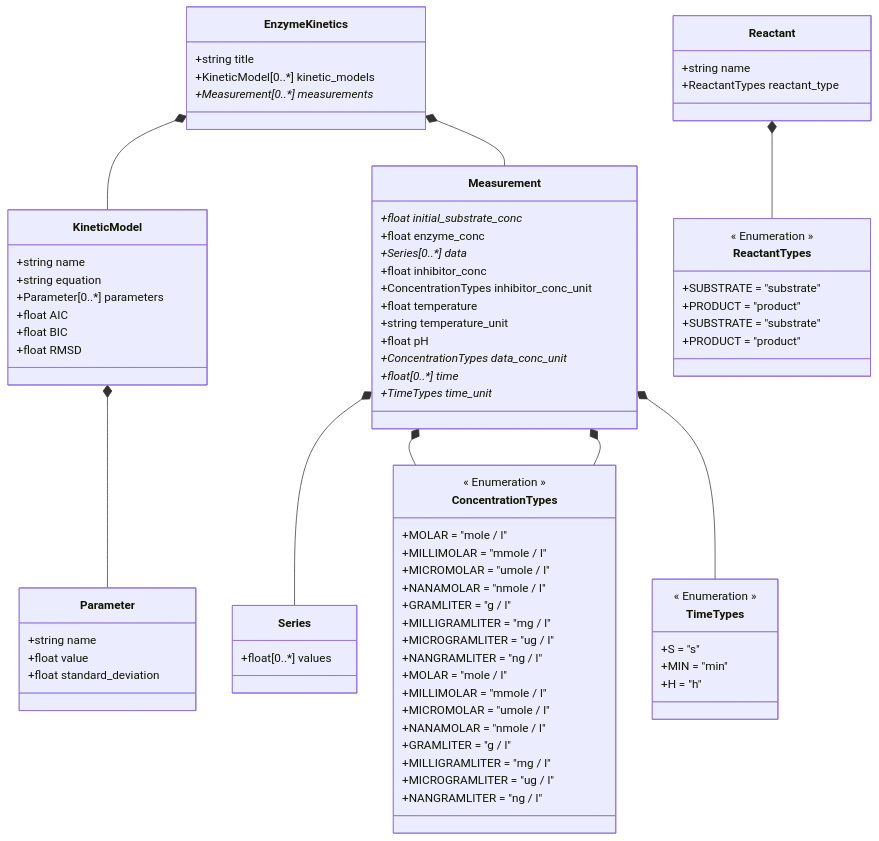
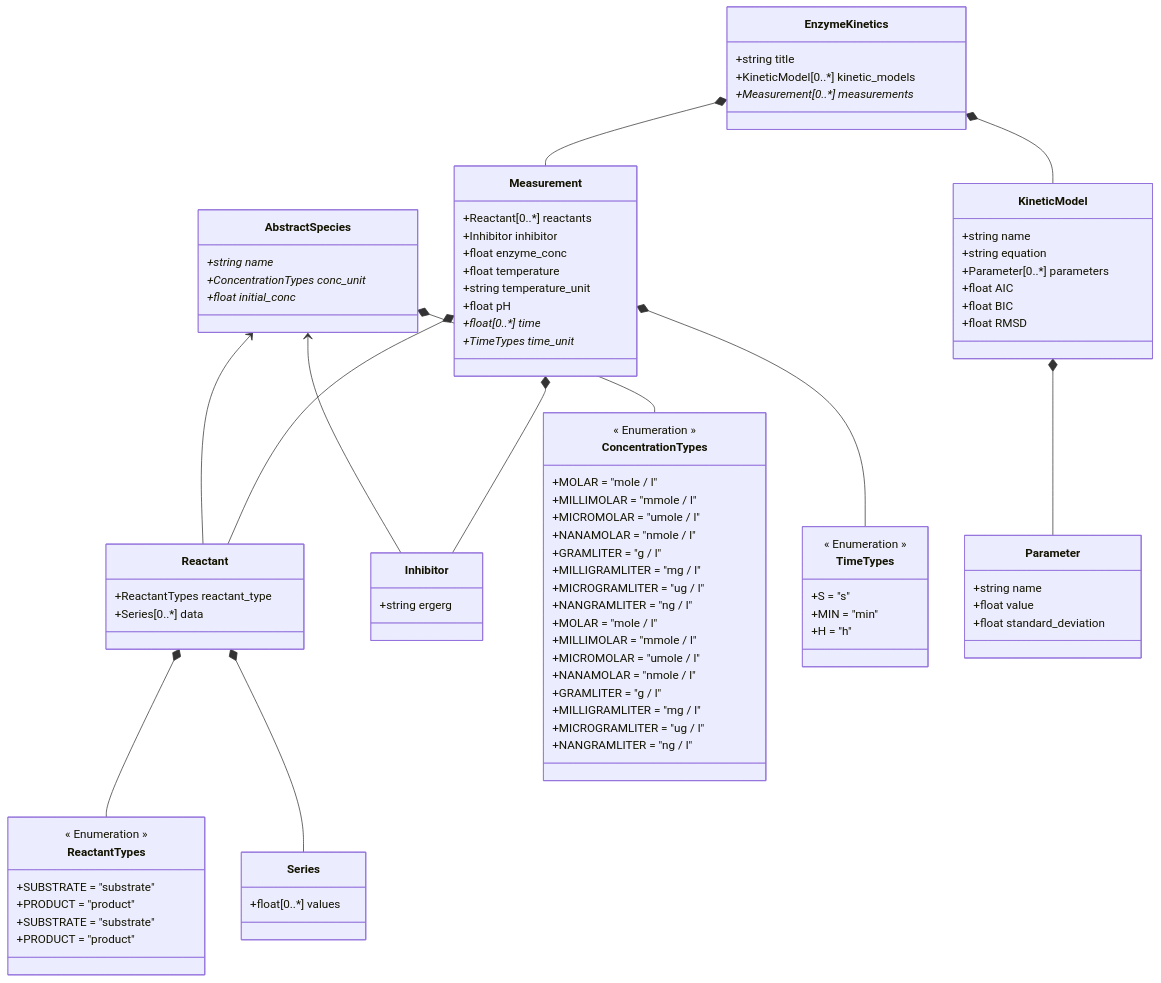
The diagram in EnzymePynetics/schemes/Enzyme kinetics data model.md (FAIRChemistry/EnzymePynetics), drawn with Mermaid before and after one commit. The commit also changed 9 other files, not shown here.

````diff
--- a/EnzymePynetics/schemes/Enzyme kinetics data model.md
+++ b/EnzymePynetics/schemes/Enzyme kinetics data model.md
@@ -1,11 +1,14 @@
 ```mermaid
 classDiagram
+    AbstractSpecies <-- Reactant
+    AbstractSpecies <-- Inhibitor
     EnzymeKinetics *-- KineticModel
     EnzymeKinetics *-- Measurement
+    AbstractSpecies *-- ConcentrationTypes
     Reactant *-- ReactantTypes
-    Measurement *-- Series
-    Measurement *-- ConcentrationTypes
-    Measurement *-- ConcentrationTypes
+    Reactant *-- Series
+    Measurement *-- Reactant
+    Measurement *-- Inhibitor
     Measurement *-- TimeTypes
     KineticModel *-- Parameter
     
@@ -15,21 +18,28 @@
         +Measurement[0..*] measurements*
     }
     
+    class AbstractSpecies {
+        +string name*
+        +ConcentrationTypes conc_unit*
+        +float initial_conc*
+    }
+    
     class Reactant {
-        +string name
         +ReactantTypes reactant_type
+        +Series[0..*] data
+    }
+    
+    class Inhibitor {
+        +string ergerg
     }
     
     class Measurement {
-        +float initial_substrate_conc*
+        +Reactant[0..*] reactants
+        +Inhibitor inhibitor
         +float enzyme_conc
-        +Series[0..*] data*
-        +float inhibitor_conc
-        +ConcentrationTypes inhibitor_conc_unit
         +float temperature
         +string temperature_unit
         +float pH
-        +ConcentrationTypes data_conc_unit*
         +float[0..*] time*
         +TimeTypes time_unit*
     }
````
